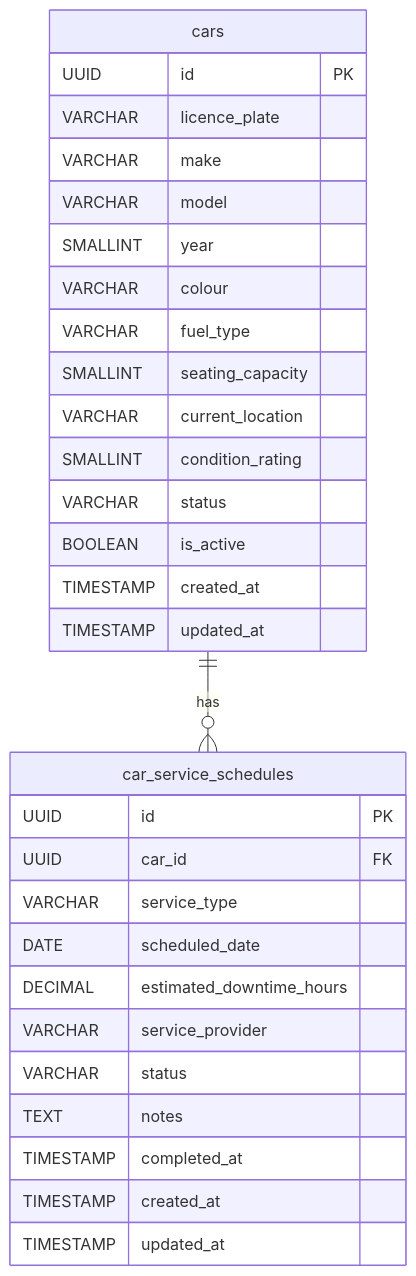
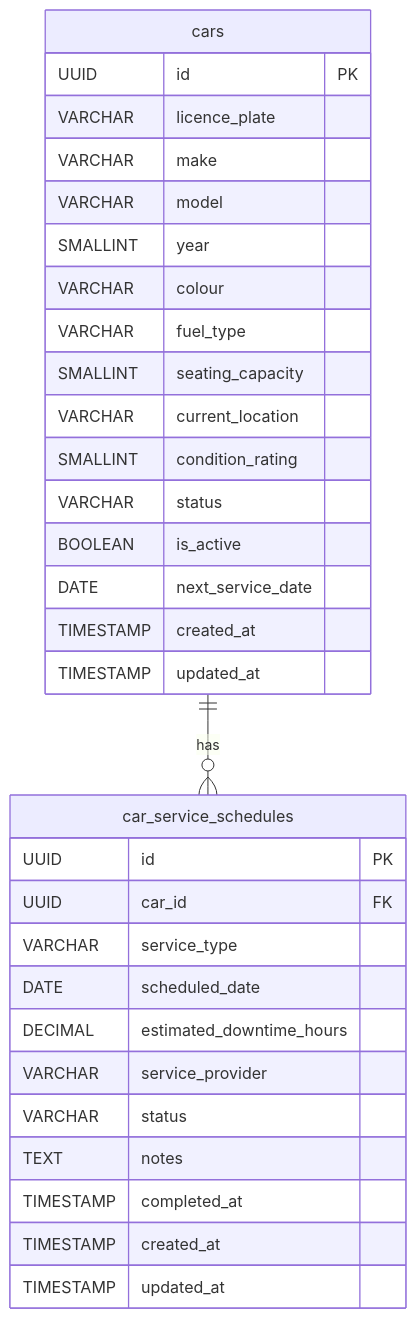
Before and after one commit to RavishankarDuMCA10/ai-sdlc: the diagram in docs/trd/database-design-car-management.md, drawn with Mermaid. The commit also changed other lines of this file, not shown here.

Commit message:
Add next_service_date to cars table in consolidated database design

````diff
--- a/docs/trd/database-design-car-management.md
+++ b/docs/trd/database-design-car-management.md
@@ -50,35 +51,36 @@
 ```mermaid
 erDiagram
     cars {
         UUID id PK
         VARCHAR licence_plate
         VARCHAR make
         VARCHAR model
         SMALLINT year
         VARCHAR colour
         VARCHAR fuel_type
         SMALLINT seating_capacity
         VARCHAR current_location
         SMALLINT condition_rating
         VARCHAR status
         BOOLEAN is_active
+        DATE next_service_date
         TIMESTAMP created_at
         TIMESTAMP updated_at
     }
 
     car_service_schedules {
         UUID id PK
         UUID car_id FK
         VARCHAR service_type
         DATE scheduled_date
         DECIMAL estimated_downtime_hours
         VARCHAR service_provider
         VARCHAR status
         TEXT notes
         TIMESTAMP completed_at
         TIMESTAMP created_at
         TIMESTAMP updated_at
     }
 
     cars ||--o{ car_service_schedules : "has"
 ```
````
